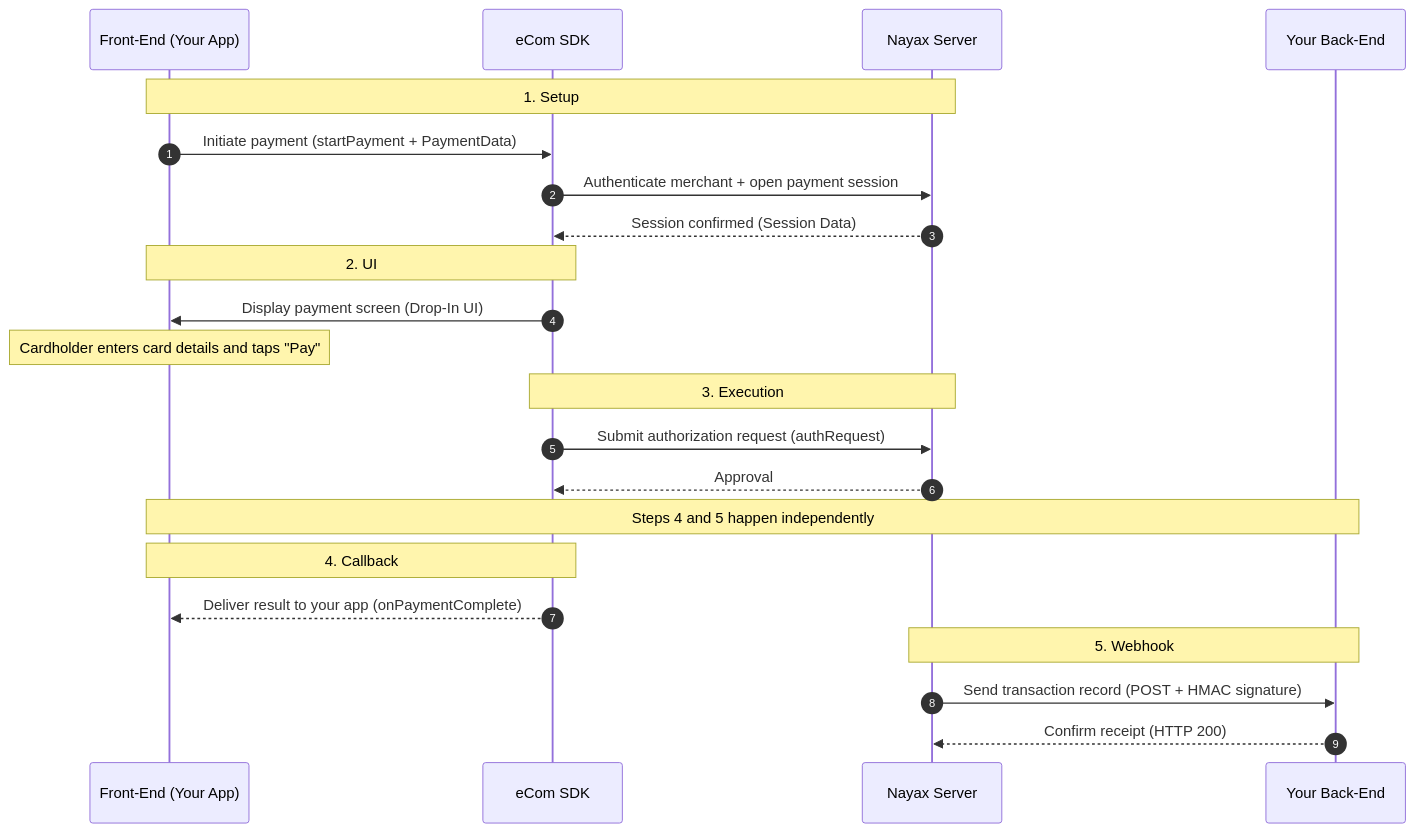
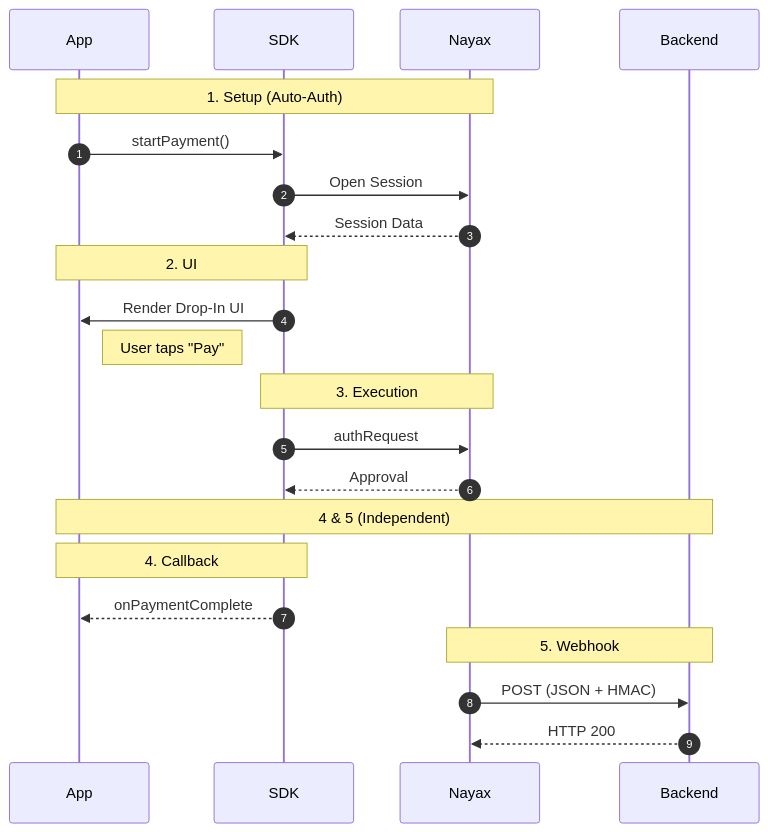
Before and after one commit to writechoiceorg/nayax-mintlify: the diagram in docs/ecom-sdk/front-end-integration/front-end-sdk.mdx, drawn with Mermaid.

Commit message:
update diagram

````diff
--- a/docs/ecom-sdk/front-end-integration/front-end-sdk.mdx
+++ b/docs/ecom-sdk/front-end-integration/front-end-sdk.mdx
@@ -11,35 +11,30 @@
 ```mermaid
 sequenceDiagram
-    autonumber
-    participant App as Front-End (Your App)
-    participant SDK as eCom SDK
-    participant Server as Nayax Server
-    participant Backend as Your Back-End
+    autonumber
+    participant A as App
+    participant S as SDK
+    participant N as Nayax
+    participant B as Backend
 
-    Note over App,Server: 1. Setup
+    Note over A,N: 1. Setup (Auto-Auth)
+    A->>S: startPayment()
+    S->>N: Open Session
+    N-->>S: Session Data
 
-    App->>SDK: Initiate payment (startPayment + PaymentData)
-    SDK->>Server: Authenticate merchant + open payment session
-    Server-->>SDK: Session confirmed (Session Data)
+    Note over A,S: 2. UI
+    S->>A: Render Drop-In UI
+    Note right of A: User taps "Pay"
 
-    Note over SDK,App: 2. UI
+    Note over S,N: 3. Execution
+    S->>N: authRequest
+    N-->>S: Approval
 
-    SDK->>App: Display payment screen (Drop-In UI)
-    Note over App: Cardholder enters card details and taps "Pay"
+    Note over A,B: 4 & 5 (Independent)
 
-    Note over SDK,Server: 3. Execution
+    Note over S,A: 4. Callback
+    S-->>A: onPaymentComplete
 
-    SDK->>Server: Submit authorization request (authRequest)
-    Server-->>SDK: Approval
-
-    Note over App,Backend: Steps 4 and 5 happen independently
-
-    Note over SDK,App: 4. Callback
-
-    SDK-->>App: Deliver result to your app (onPaymentComplete)
-
-    Note over Server,Backend: 5. Webhook
-
-    Server->>Backend: Send transaction record (POST + HMAC signature)
-    Backend-->>Server: Confirm receipt (HTTP 200)
+    Note over N,B: 5. Webhook
+    N->>B: POST (JSON + HMAC)
+    B-->>N: HTTP 200
 ```
````
